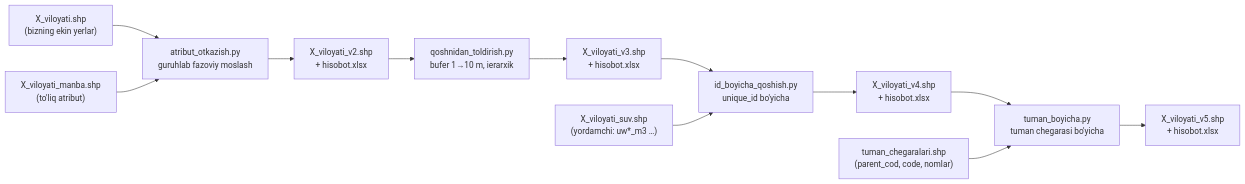
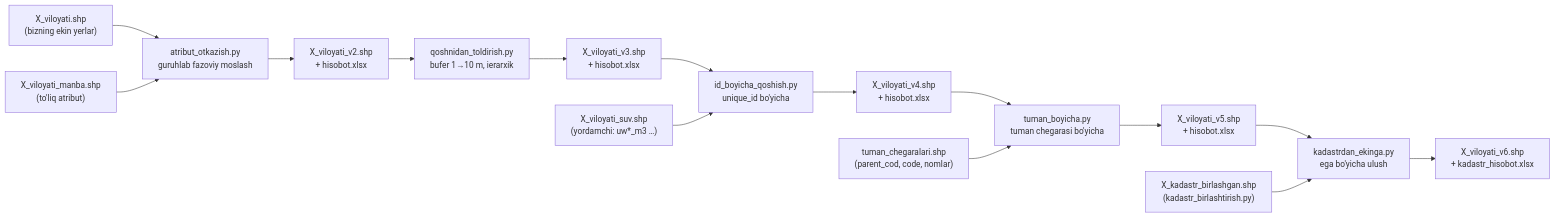
The diagram in README.md (fazogird/viloyat_shp), drawn with Mermaid before and after one commit. The commit also changed other lines of this file and 1 other file, not shown here.

First line of the commit message:
kadastrdan_ekinga.py: kadastrdan ekin yerlarga egasi, INN, kadastr raqami, yer turi

````diff
--- a/README.md
+++ b/README.md
@@ -46,14 +48,17 @@
 ```mermaid
 flowchart LR
     A["X_viloyati.shp<br/>(bizning ekin yerlar)"] --> P1["atribut_otkazish.py<br/>guruhlab fazoviy moslash"]
     M["X_viloyati_manba.shp<br/>(to'liq atribut)"] --> P1
     P1 --> B["X_viloyati_v2.shp<br/>+ hisobot.xlsx"]
     B --> P2["qoshnidan_toldirish.py<br/>bufer 1→10 m, ierarxik"]
     P2 --> C["X_viloyati_v3.shp<br/>+ hisobot.xlsx"]
     C --> P3["id_boyicha_qoshish.py<br/>unique_id bo'yicha"]
     Y["X_viloyati_suv.shp<br/>(yordamchi: uw*_m3 …)"] --> P3
     P3 --> D["X_viloyati_v4.shp<br/>+ hisobot.xlsx"]
     D --> P4["tuman_boyicha.py<br/>tuman chegarasi bo'yicha"]
     T["tuman_chegaralari.shp<br/>(parent_cod, code, nomlar)"] --> P4
     P4 --> E["X_viloyati_v5.shp<br/>+ hisobot.xlsx"]
+    E --> P5["kadastrdan_ekinga.py<br/>ega bo'yicha ulush"]
+    KB["X_kadastr_birlashgan.shp<br/>(kadastr_birlashtirish.py)"] --> P5
+    P5 --> F["X_viloyati_v6.shp<br/>+ kadastr_hisobot.xlsx"]
 ```
````
